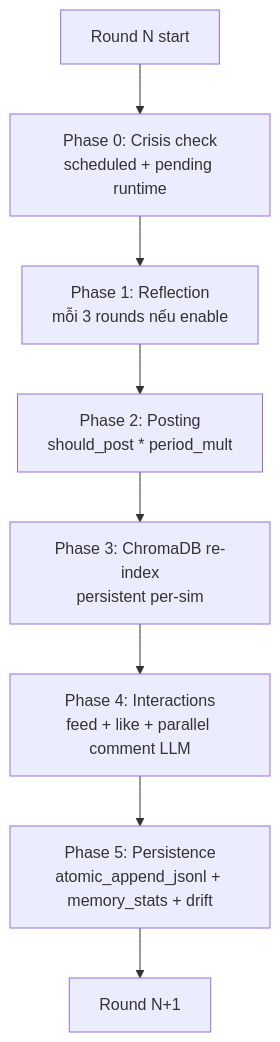
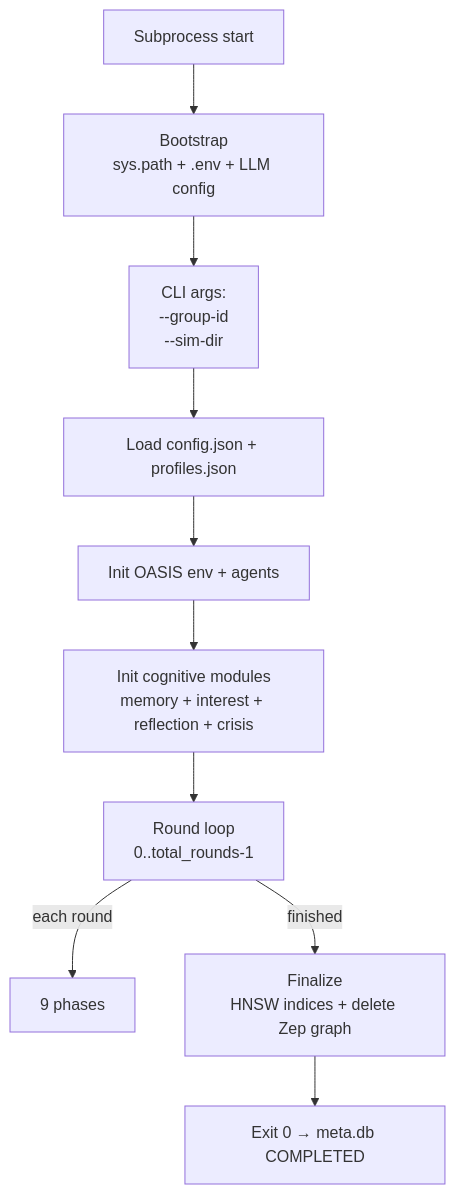
Before and after one commit to qchien643/EcoSim: the diagram in docs/05_simulation_loop.md, drawn with Mermaid. The commit also changed other lines of this file and 37 other files, not shown here.

````diff
--- a/docs/05_simulation_loop.md
+++ b/docs/05_simulation_loop.md
@@ -26,10 +11,12 @@
 ```mermaid
-flowchart TD
-    Start[Round N start] --> P0[Phase 0: Crisis check<br/>scheduled + pending runtime]
-    P0 --> P1[Phase 1: Reflection<br/>mỗi 3 rounds nếu enable]
-    P1 --> P2[Phase 2: Posting<br/>should_post * period_mult]
-    P2 --> P3[Phase 3: ChromaDB re-index<br/>persistent per-sim]
-    P3 --> P4[Phase 4: Interactions<br/>feed + like + parallel comment LLM]
-    P4 --> P5[Phase 5: Persistence<br/>atomic_append_jsonl + memory_stats + drift]
-    P5 --> Next[Round N+1]
+flowchart TB
+    Start[Subprocess start] --> Boot[Bootstrap<br/>sys.path + .env + LLM config]
+    Boot --> Args[CLI args:<br/>--group-id<br/>--sim-dir]
+    Args --> Load[Load config.json + profiles.json]
+    Load --> Init[Init OASIS env + agents]
+    Init --> Cog[Init cognitive modules<br/>memory + interest + reflection + crisis]
+    Cog --> Loop[Round loop<br/>0..total_rounds-1]
+    Loop -->|each round| Phase[9 phases]
+    Loop -->|finished| Final[Finalize<br/>HNSW indices + delete Zep graph]
+    Final --> Exit[Exit 0 → meta.db COMPLETED]
 ```
````
